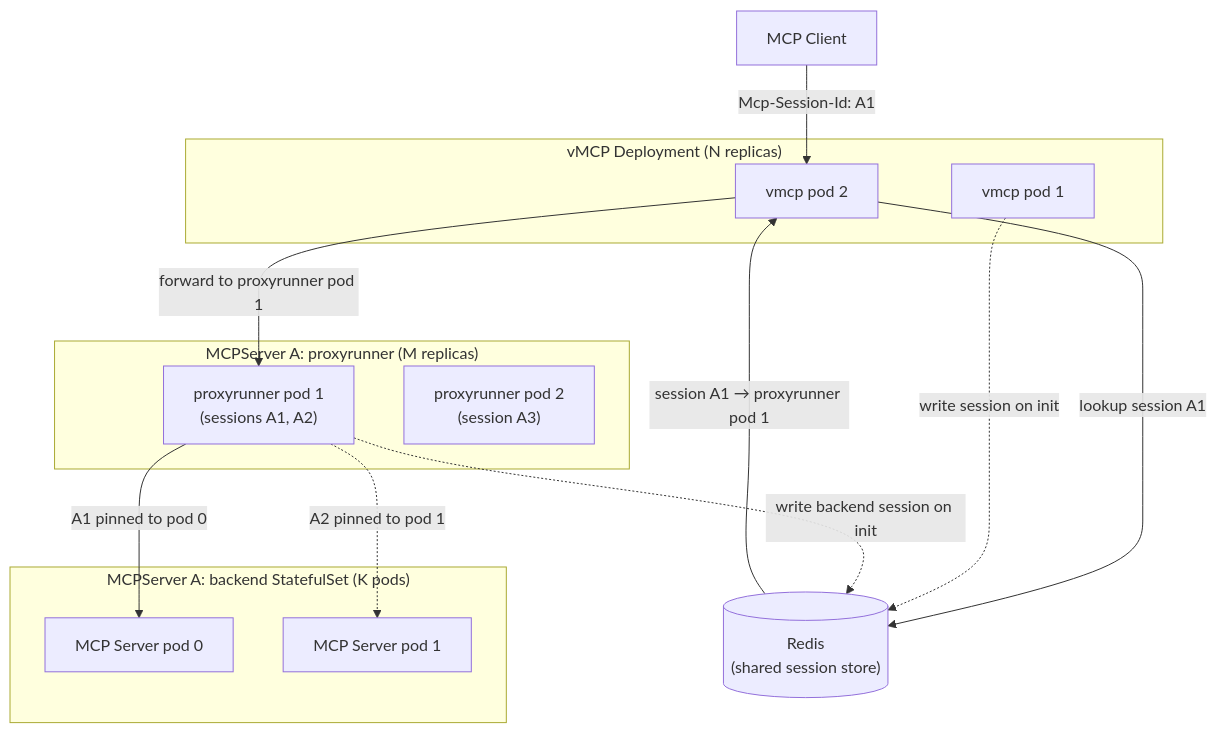
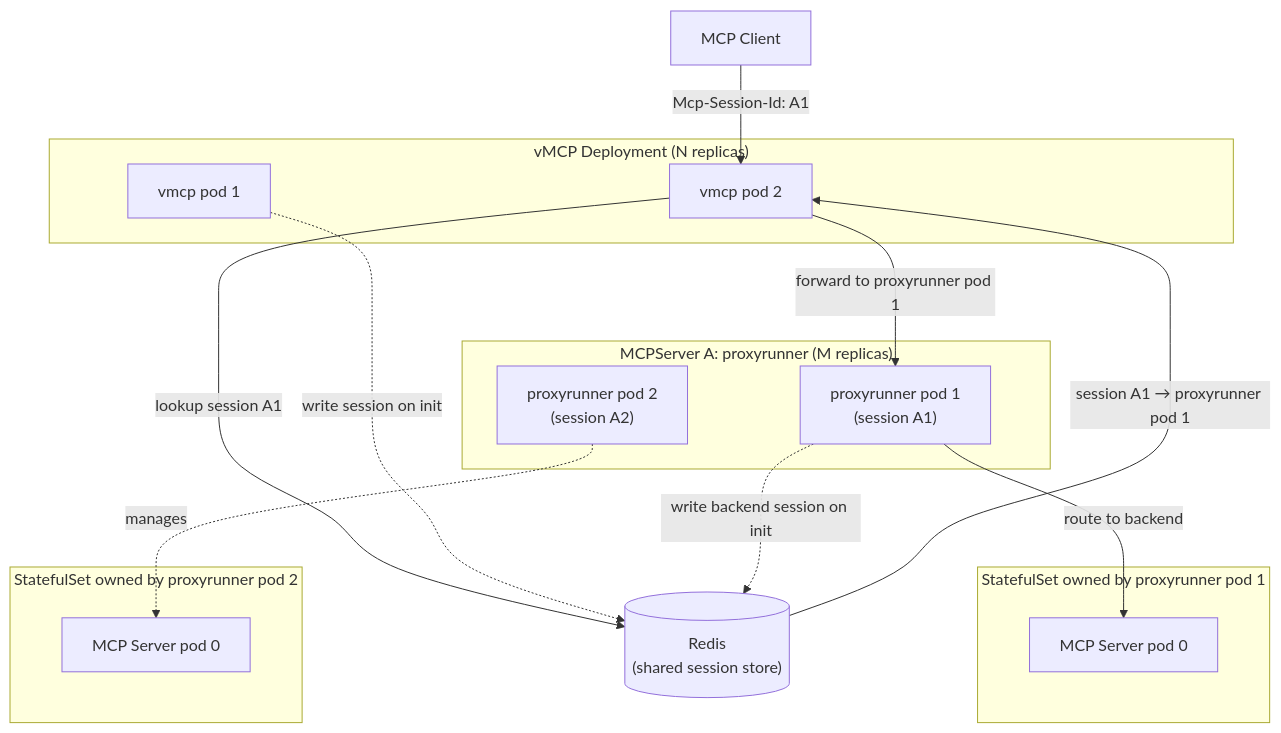
The second of 2 diagrams in rfcs/THV-XXXX-vmcp-proxyrunner-horizontal-scaling.md (stacklok/toolhive-rfcs), drawn with Mermaid before and after one commit. The commit also changed other lines of this file, not shown here.

````diff
--- a/rfcs/THV-XXXX-vmcp-proxyrunner-horizontal-scaling.md
+++ b/rfcs/THV-XXXX-vmcp-proxyrunner-horizontal-scaling.md
@@ -187,31 +192,34 @@
 ```mermaid
 graph TB
     Client[MCP Client]
 
     subgraph "vMCP Deployment (N replicas)"
         V1["vmcp pod 1"]
         V2["vmcp pod 2"]
     end
 
     Redis[("Redis<br/>(shared session store)")]
 
     subgraph "MCPServer A: proxyrunner (M replicas)"
-        PR1["proxyrunner pod 1<br/>(sessions A1, A2)"]
-        PR2["proxyrunner pod 2<br/>(session A3)"]
+        PR1["proxyrunner pod 1<br/>(session A1)"]
+        PR2["proxyrunner pod 2<br/>(session A2)"]
     end
 
-    subgraph "MCPServer A: backend StatefulSet (K pods)"
-        STS1["MCP Server pod 0"]
-        STS2["MCP Server pod 1"]
+    subgraph "StatefulSet owned by proxyrunner pod 1"
+        STS1A["MCP Server pod 0"]
+    end
+
+    subgraph "StatefulSet owned by proxyrunner pod 2"
+        STS2A["MCP Server pod 0"]
     end
 
     Client -->|Mcp-Session-Id: A1| V2
     V2 -->|lookup session A1| Redis
     Redis -->|session A1 → proxyrunner pod 1| V2
     V2 -->|forward to proxyrunner pod 1| PR1
-    PR1 -->|A1 pinned to pod 0| STS1
-    PR1 -.->|A2 pinned to pod 1| STS2
+    PR1 -->|route to backend| STS1A
+    PR2 -.->|manages| STS2A
 
     V1 -.->|write session on init| Redis
     PR1 -.->|write backend session on init| Redis
 ```
````
